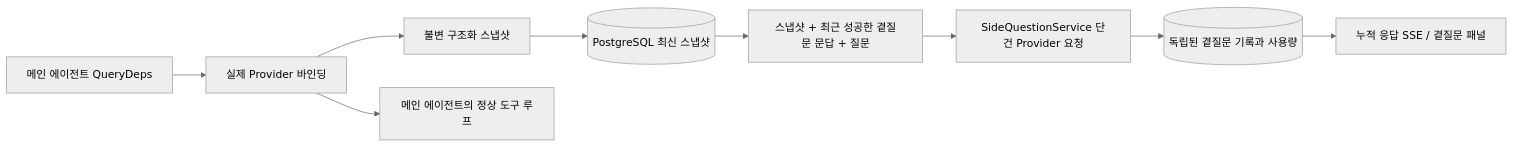
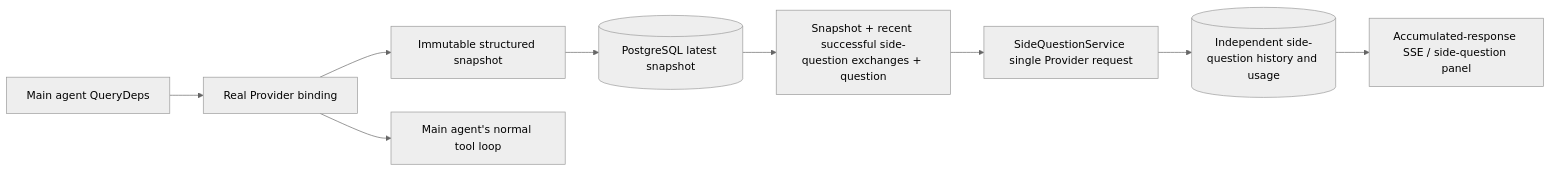
One commit to jiwoochris/artex-global changed the diagram in sidequestion/README.md. Above: the diagram before and after it, drawn with Mermaid (neutral theme). The commit also changed other lines of this file and 96 other files, not shown here.

````diff
--- a/sidequestion/README.md
+++ b/sidequestion/README.md
@@ -15,11 +25,11 @@
 ```mermaid
 flowchart LR
-    A[메인 에이전트 QueryDeps] --> B[실제 Provider 바인딩]
-    B --> C[불변 구조화 스냅샷]
-    B --> D[메인 에이전트의 정상 도구 루프]
-    C --> E[(PostgreSQL 최신 스냅샷)]
-    E --> F[스냅샷 + 최근 성공한 곁질문 문답 + 질문]
-    F --> G[SideQuestionService 단건 Provider 요청]
-    G --> H[(독립된 곁질문 기록과 사용량)]
-    H --> I[누적 응답 SSE / 곁질문 패널]
+    A[Main agent QueryDeps] --> B[Real Provider binding]
+    B --> C[Immutable structured snapshot]
+    B --> D[Main agent's normal tool loop]
+    C --> E[(PostgreSQL latest snapshot)]
+    E --> F[Snapshot + recent successful side-question exchanges + question]
+    F --> G[SideQuestionService single Provider request]
+    G --> H[(Independent side-question history and usage)]
+    H --> I[Accumulated-response SSE / side-question panel]
 ```
````
